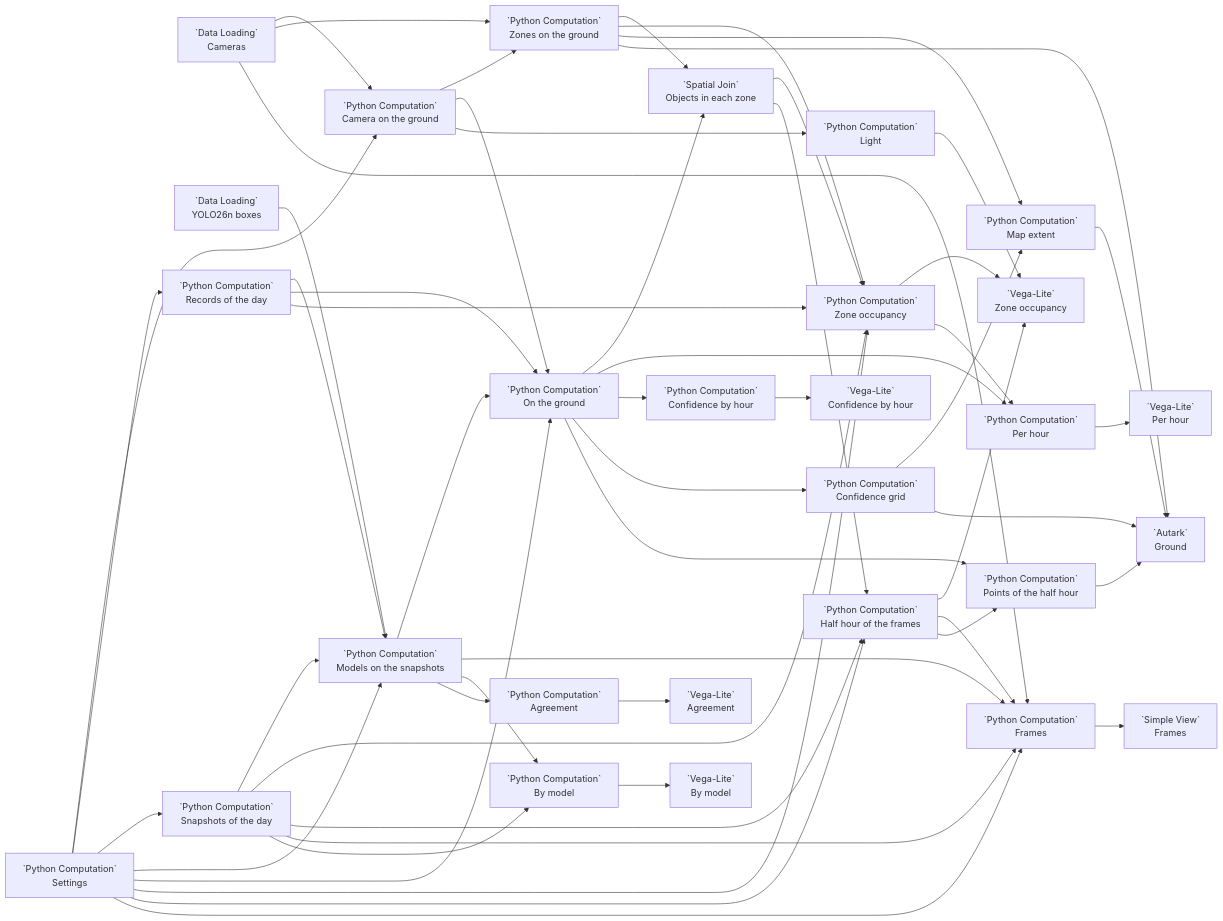
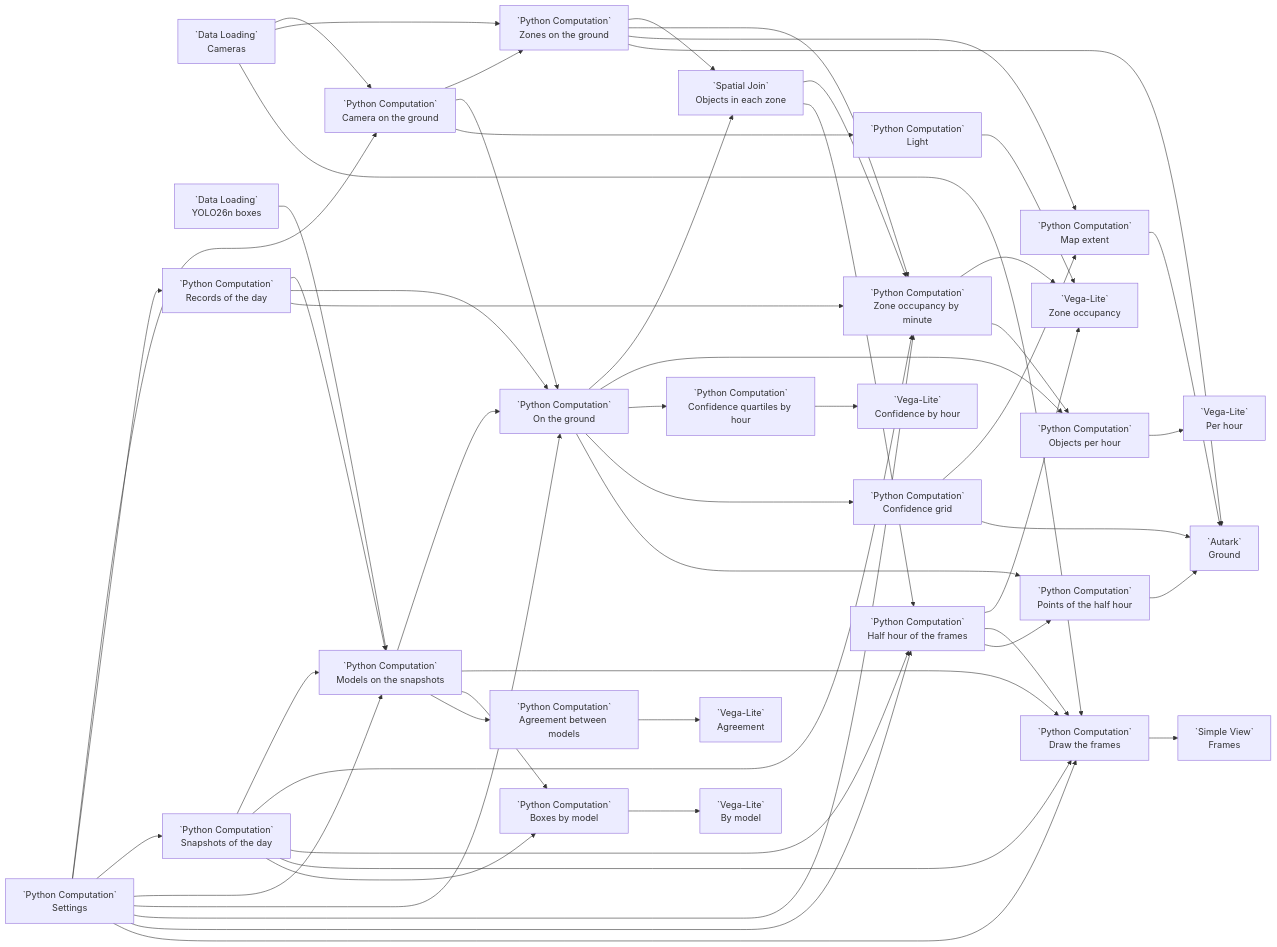
Before and after one commit to urban-toolkit/curio: the diagram in docs/examples/31-sage-idot-rail-crossings.md, drawn with Mermaid. The commit also changed other lines of this file and 2 other files, not shown here.

Commit message:
Example 31: summary nodes titled apart from their tiles

````diff
--- a/docs/examples/31-sage-idot-rail-crossings.md
+++ b/docs/examples/31-sage-idot-rail-crossings.md
@@ -20,52 +20,52 @@
 ```mermaid
 flowchart LR
   S[`Python Computation`<br/>Settings]
   CA[`Data Loading`<br/>Cameras]
   Y[`Data Loading`<br/>YOLO26n boxes]
   H[`Python Computation`<br/>Camera on the ground]
   Z[`Python Computation`<br/>Zones on the ground]
   R[`Python Computation`<br/>Records of the day]
   P[`Python Computation`<br/>Snapshots of the day]
   M[`Python Computation`<br/>Models on the snapshots]
   G[`Python Computation`<br/>On the ground]
   J[`Spatial Join`<br/>Objects in each zone]
-  O[`Python Computation`<br/>Zone occupancy]
+  O[`Python Computation`<br/>Zone occupancy by minute]
   LI[`Python Computation`<br/>Light]
   HH[`Python Computation`<br/>Half hour of the frames]
   OC[`Vega-Lite`<br/>Zone occupancy]
-  PH[`Python Computation`<br/>Per hour]
+  PH[`Python Computation`<br/>Objects per hour]
   PC[`Vega-Lite`<br/>Per hour]
-  CH[`Python Computation`<br/>Confidence by hour]
+  CH[`Python Computation`<br/>Confidence quartiles by hour]
   CC[`Vega-Lite`<br/>Confidence by hour]
-  F[`Python Computation`<br/>Frames]
+  F[`Python Computation`<br/>Draw the frames]
   FV[`Simple View`<br/>Frames]
   CG[`Python Computation`<br/>Confidence grid]
   ME[`Python Computation`<br/>Map extent]
   PT[`Python Computation`<br/>Points of the half hour]
   GM[`Autark`<br/>Ground]
-  BM[`Python Computation`<br/>By model]
+  BM[`Python Computation`<br/>Boxes by model]
   BC[`Vega-Lite`<br/>By model]
-  AG[`Python Computation`<br/>Agreement]
+  AG[`Python Computation`<br/>Agreement between models]
   AC[`Vega-Lite`<br/>Agreement]
   S --> H & R & P & M & G & O & HH & F
   CA --> H & Z & F
   H --> Z & G & LI
   R --> M & G & O
   P --> M & O & HH & F & BM
   Y --> M
   M --> G & F & BM & AG
   G --> J & PH & CH & CG & PT
   Z --> J & O & ME & GM
   J --> O & HH
   O --> OC & PH
   LI --> OC
   HH --> OC & F & PT
   PH --> PC
   CH --> CC
   F --> FV
   CG --> ME & GM
   ME --> GM
   PT --> GM
   BM --> BC
   AG --> AC
 ```
````
